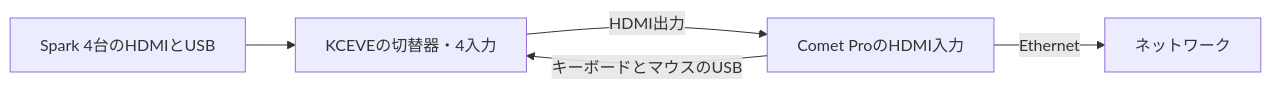
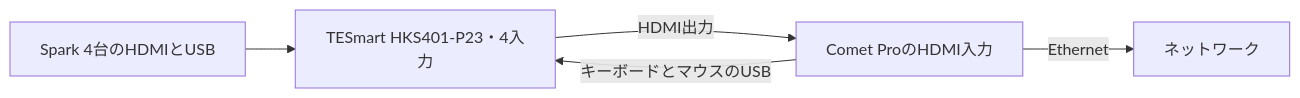
The diagram in models/spark-rack/docs/遠隔操作機器の配置.md (j5ik2o/dgx-spark-rack), drawn with Mermaid before and after one commit. The commit also changed other lines of this file and 9 other files, not shown here.

````diff
--- a/models/spark-rack/docs/遠隔操作機器の配置.md
+++ b/models/spark-rack/docs/遠隔操作機器の配置.md
@@ -13,7 +17,7 @@
 ```mermaid
 flowchart LR
-  sparks[Spark 4台のHDMIとUSB] --> kvm[KCEVEの切替器・4入力]
+  sparks[Spark 4台のHDMIとUSB] --> kvm[TESmart HKS401-P23・4入力]
   kvm -->|HDMI出力| comet[Comet ProのHDMI入力]
   comet -->|キーボードとマウスのUSB| kvm
   comet -->|Ethernet| net[ネットワーク]
 ```
````
